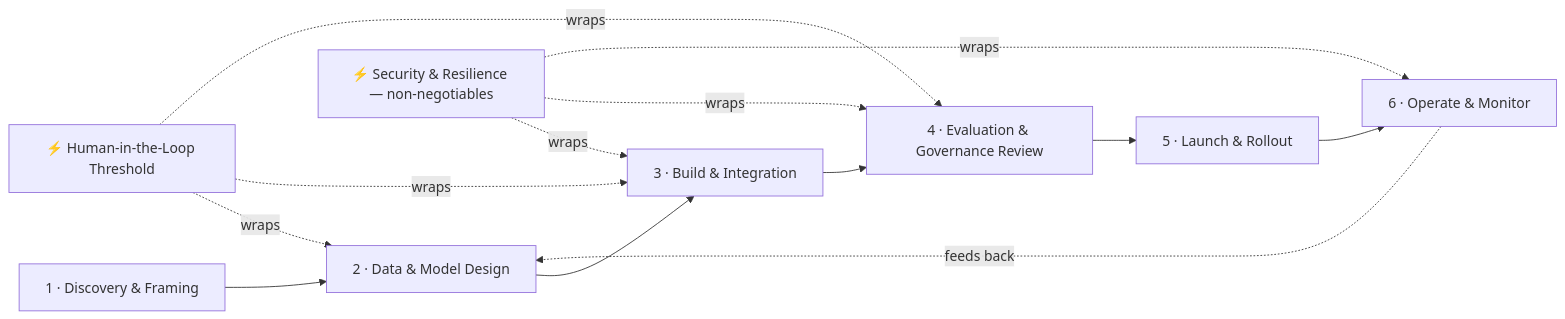
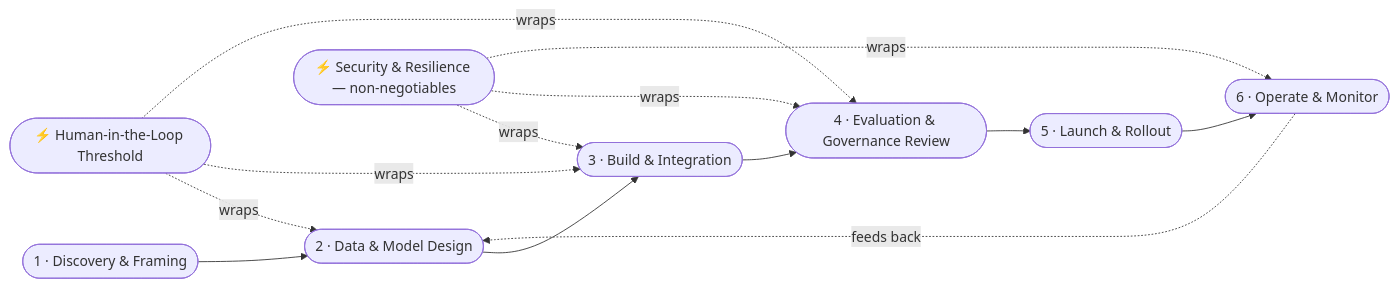
One commit to Sunparus/ai-native-product-ops changed the diagram in docs/playbooks/ai-product-alignment/index.md. Above: the diagram before and after it, drawn with Mermaid. The commit also changed 11 other files, not shown here.

````diff
--- a/docs/playbooks/ai-product-alignment/index.md
+++ b/docs/playbooks/ai-product-alignment/index.md
@@ -30,15 +30,15 @@
 ```mermaid
 flowchart LR
-    S1[1 · Discovery & Framing] --> S2[2 · Data & Model Design]
-    S2 --> S3[3 · Build & Integration]
-    S3 --> S4[4 · Evaluation & Governance Review]
-    S4 --> S5[5 · Launch & Rollout]
-    S5 --> S6[6 · Operate & Monitor]
+    S1(["1 · Discovery & Framing"]) --> S2(["2 · Data & Model Design"])
+    S2 --> S3(["3 · Build & Integration"])
+    S3 --> S4(["4 · Evaluation & Governance Review"])
+    S4 --> S5(["5 · Launch & Rollout"])
+    S5 --> S6(["6 · Operate & Monitor"])
     S6 -.feeds back.-> S2
-    SEC["⚡ Security & Resilience — non-negotiables"] -.wraps.-> S3
+    SEC(["⚡ Security & Resilience — non-negotiables"]) -.wraps.-> S3
     SEC -.wraps.-> S4
     SEC -.wraps.-> S6
-    HIL["⚡ Human-in-the-Loop Threshold"] -.wraps.-> S2
+    HIL(["⚡ Human-in-the-Loop Threshold"]) -.wraps.-> S2
     HIL -.wraps.-> S3
     HIL -.wraps.-> S4
 ```
````
